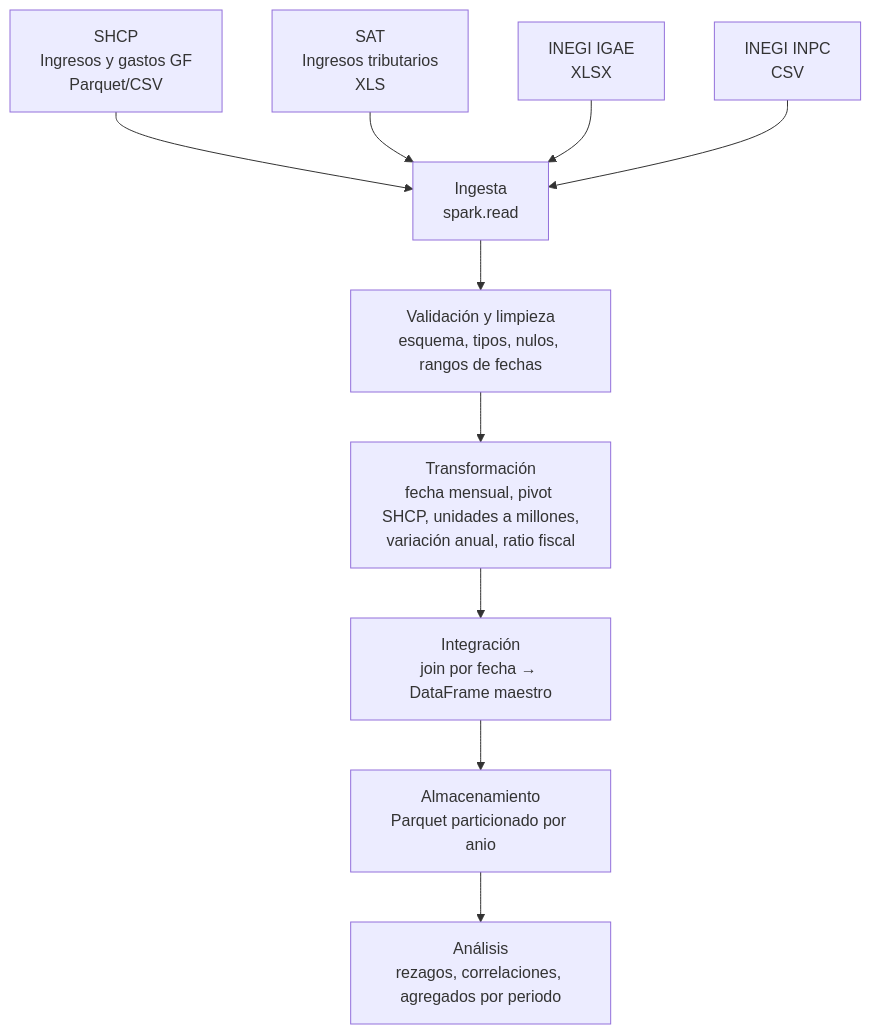
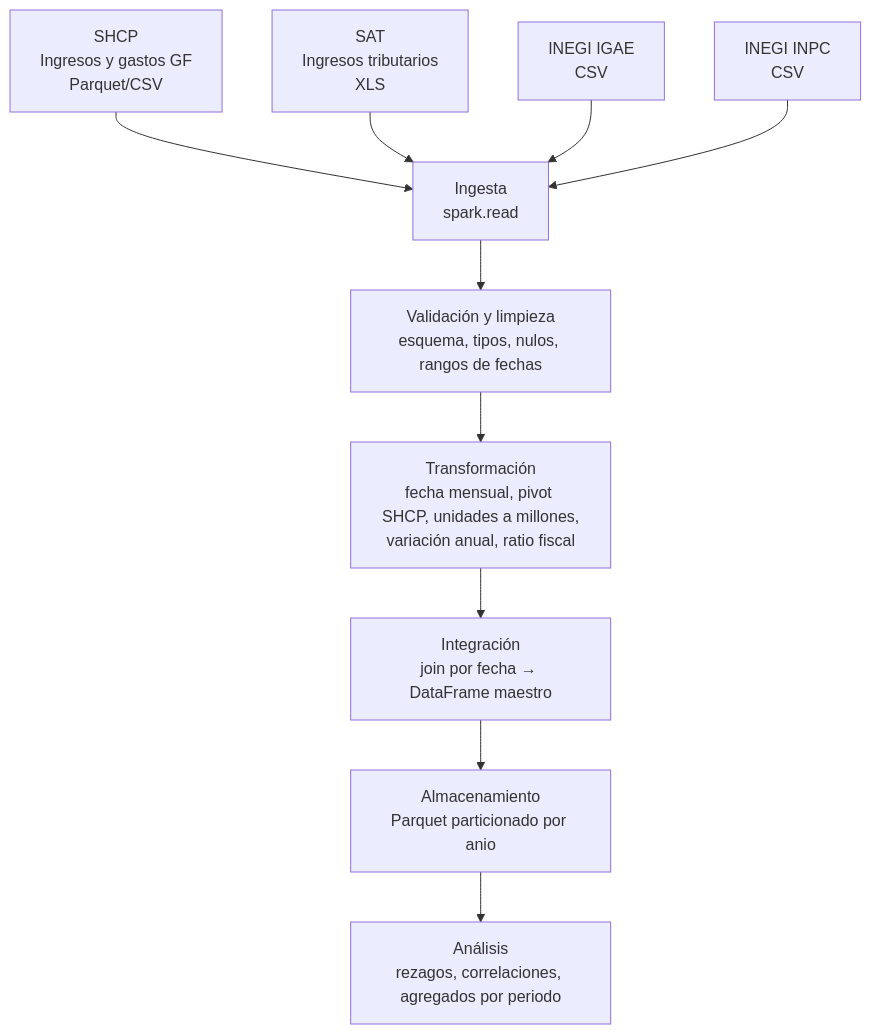
The diagram in docs/arquitectura.md (lunatix/Integrador-PGBD-26A), drawn with Mermaid before and after one commit. The commit also changed other lines of this file and 3 other files, not shown here.

````diff
--- a/docs/arquitectura.md
+++ b/docs/arquitectura.md
@@ -5,12 +5,12 @@
 ```mermaid
 flowchart TD
     A1[SHCP<br/>Ingresos y gastos GF<br/>Parquet/CSV] --> B
     A2[SAT<br/>Ingresos tributarios<br/>XLS] --> B
-    A3[INEGI IGAE<br/>XLSX] --> B
+    A3[INEGI IGAE<br/>CSV] --> B
     A4[INEGI INPC<br/>CSV] --> B
     B[Ingesta<br/>spark.read] --> C[Validación y limpieza<br/>esquema, tipos, nulos, rangos de fechas]
     C --> D[Transformación<br/>fecha mensual, pivot SHCP, unidades a millones,<br/>variación anual, ratio fiscal]
     D --> E[Integración<br/>join por fecha → DataFrame maestro]
     E --> F[Almacenamiento<br/>Parquet particionado por anio]
     F --> G[Análisis<br/>rezagos, correlaciones, agregados por periodo]
 ```
````
